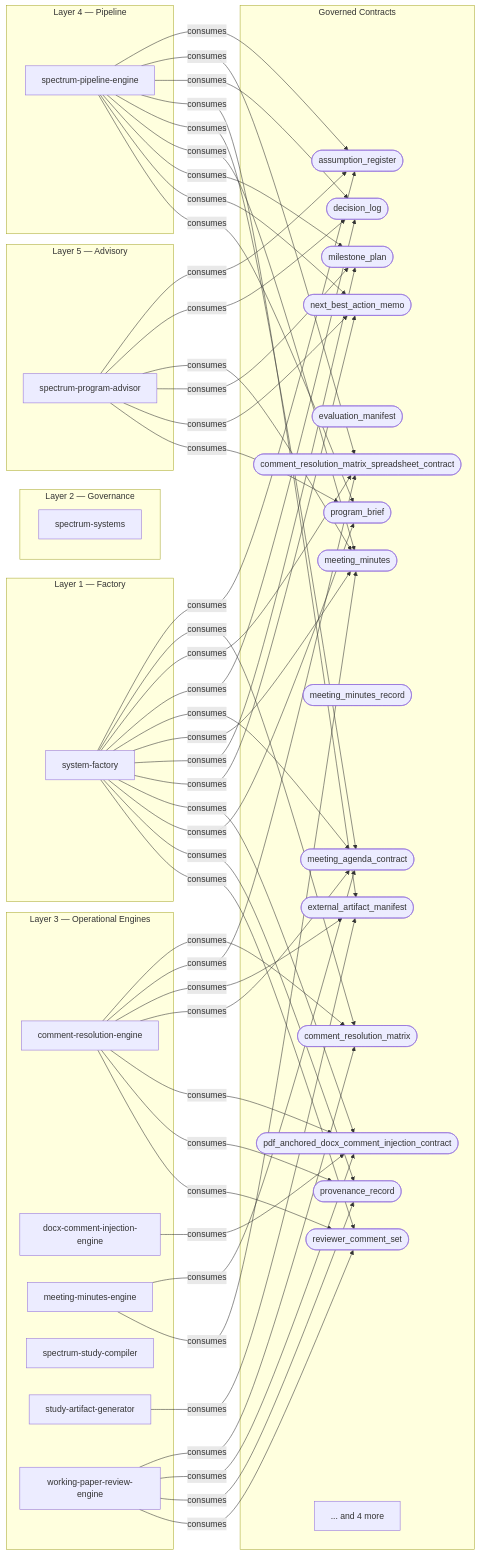
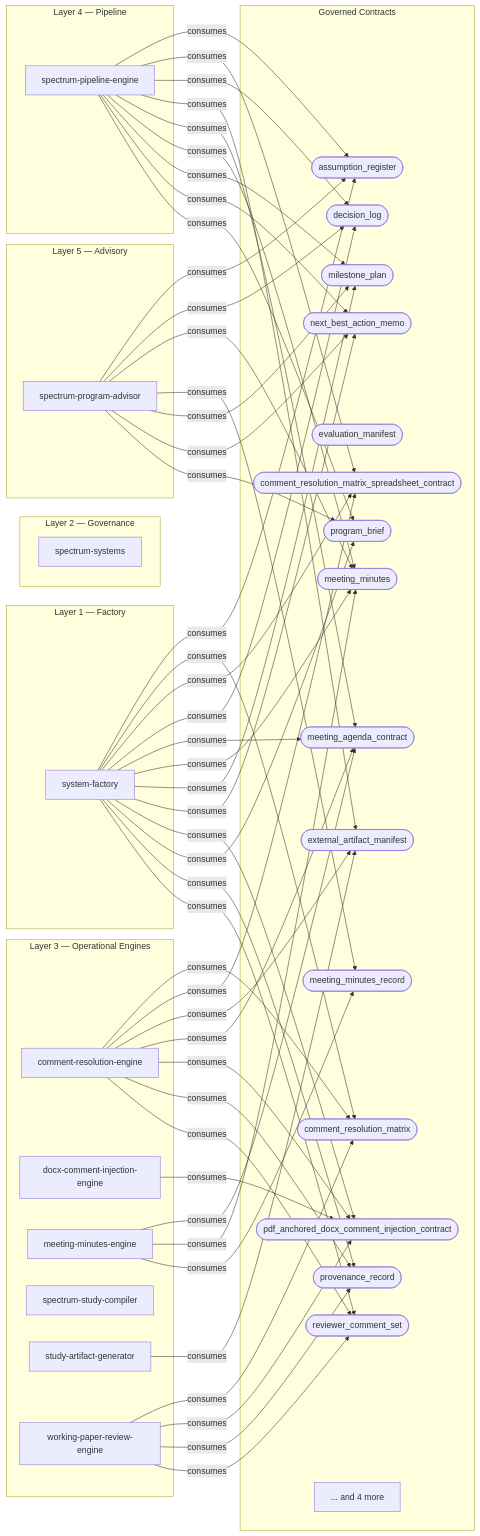
One commit to nicklasorte/spectrum-systems changed the diagram in governance/reports/ecosystem-architecture-graph.mmd. Above: the diagram before and after it, drawn with Mermaid. The commit also changed 11 other files, not shown here.

Commit message:
fix: resolve meeting_minutes_record consumer-consistency warnings in governance manifests

```diff
--- a/governance/reports/ecosystem-architecture-graph.mmd
+++ b/governance/reports/ecosystem-architecture-graph.mmd
@@ -1,88 +1,90 @@
 graph LR
 
   subgraph Layer 2["Layer 2 — Governance"]
     spectrum_systems["spectrum-systems"]
   end
 
   subgraph Layer 1["Layer 1 — Factory"]
     system_factory["system-factory"]
   end
 
   subgraph Layer 3["Layer 3 — Operational Engines"]
     comment_resolution_engine["comment-resolution-engine"]
     docx_comment_injection_engine["docx-comment-injection-engine"]
     meeting_minutes_engine["meeting-minutes-engine"]
     spectrum_study_compiler["spectrum-study-compiler"]
     study_artifact_generator["study-artifact-generator"]
     working_paper_review_engine["working-paper-review-engine"]
   end
 
   subgraph Layer 4["Layer 4 — Pipeline"]
     spectrum_pipeline_engine["spectrum-pipeline-engine"]
   end
 
   subgraph Layer 5["Layer 5 — Advisory"]
     spectrum_program_advisor["spectrum-program-advisor"]
   end
 
   subgraph Contracts["Governed Contracts"]
     assumption_register(["assumption_register"])
     comment_resolution_matrix(["comment_resolution_matrix"])
     comment_resolution_matrix_spreadsheet_contract(["comment_resolution_matrix_spreadsheet_contract"])
     decision_log(["decision_log"])
     evaluation_manifest(["evaluation_manifest"])
     external_artifact_manifest(["external_artifact_manifest"])
     meeting_agenda_contract(["meeting_agenda_contract"])
     meeting_minutes(["meeting_minutes"])
     meeting_minutes_record(["meeting_minutes_record"])
     milestone_plan(["milestone_plan"])
     next_best_action_memo(["next_best_action_memo"])
     pdf_anchored_docx_comment_injection_contract(["pdf_anchored_docx_comment_injection_contract"])
     program_brief(["program_brief"])
     provenance_record(["provenance_record"])
     reviewer_comment_set(["reviewer_comment_set"])
     more_contracts["... and 4 more"]
   end
 
   comment_resolution_engine -->|consumes| comment_resolution_matrix
   comment_resolution_engine -->|consumes| comment_resolution_matrix_spreadsheet_contract
   comment_resolution_engine -->|consumes| external_artifact_manifest
   comment_resolution_engine -->|consumes| meeting_agenda_contract
   comment_resolution_engine -->|consumes| pdf_anchored_docx_comment_injection_contract
   comment_resolution_engine -->|consumes| provenance_record
   comment_resolution_engine -->|consumes| reviewer_comment_set
   docx_comment_injection_engine -->|consumes| pdf_anchored_docx_comment_injection_contract
   meeting_minutes_engine -->|consumes| meeting_agenda_contract
   meeting_minutes_engine -->|consumes| meeting_minutes
+  meeting_minutes_engine -->|consumes| meeting_minutes_record
   spectrum_pipeline_engine -->|consumes| assumption_register
   spectrum_pipeline_engine -->|consumes| comment_resolution_matrix_spreadsheet_contract
   spectrum_pipeline_engine -->|consumes| decision_log
   spectrum_pipeline_engine -->|consumes| external_artifact_manifest
   spectrum_pipeline_engine -->|consumes| meeting_agenda_contract
   spectrum_pipeline_engine -->|consumes| meeting_minutes
   spectrum_pipeline_engine -->|consumes| milestone_plan
   spectrum_pipeline_engine -->|consumes| next_best_action_memo
   spectrum_pipeline_engine -->|consumes| program_brief
   spectrum_program_advisor -->|consumes| assumption_register
   spectrum_program_advisor -->|consumes| decision_log
   spectrum_program_advisor -->|consumes| meeting_minutes
+  spectrum_program_advisor -->|consumes| meeting_minutes_record
   spectrum_program_advisor -->|consumes| milestone_plan
   spectrum_program_advisor -->|consumes| next_best_action_memo
   spectrum_program_advisor -->|consumes| program_brief
   study_artifact_generator -->|consumes| external_artifact_manifest
   system_factory -->|consumes| assumption_register
   system_factory -->|consumes| comment_resolution_matrix
   system_factory -->|consumes| comment_resolution_matrix_spreadsheet_contract
   system_factory -->|consumes| decision_log
   system_factory -->|consumes| meeting_agenda_contract
   system_factory -->|consumes| meeting_minutes
   system_factory -->|consumes| milestone_plan
   system_factory -->|consumes| next_best_action_memo
   system_factory -->|consumes| pdf_anchored_docx_comment_injection_contract
   system_factory -->|consumes| program_brief
   system_factory -->|consumes| provenance_record
   system_factory -->|consumes| reviewer_comment_set
   working_paper_review_engine -->|consumes| comment_resolution_matrix
   working_paper_review_engine -->|consumes| pdf_anchored_docx_comment_injection_contract
   working_paper_review_engine -->|consumes| provenance_record
   working_paper_review_engine -->|consumes| reviewer_comment_set
```
